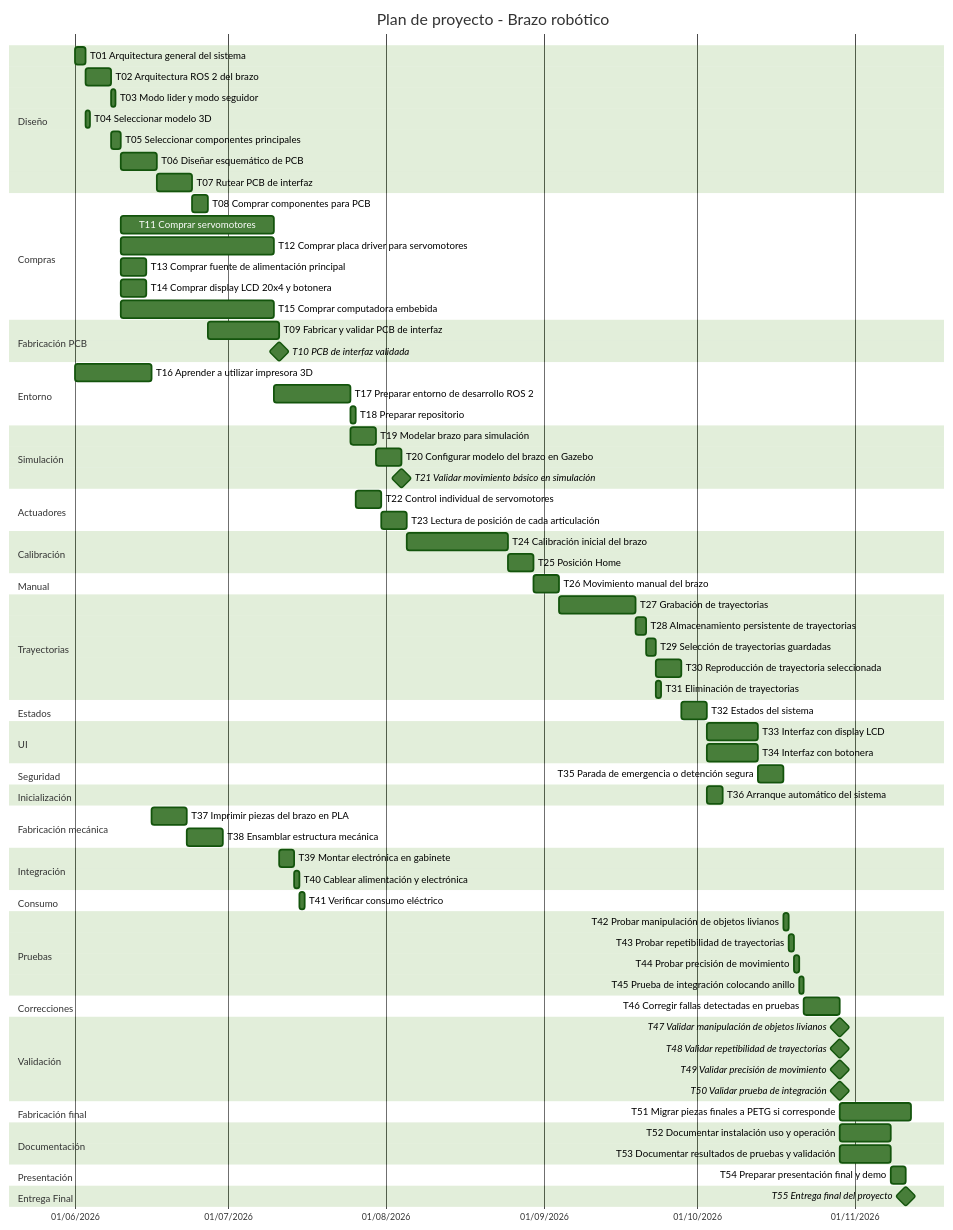
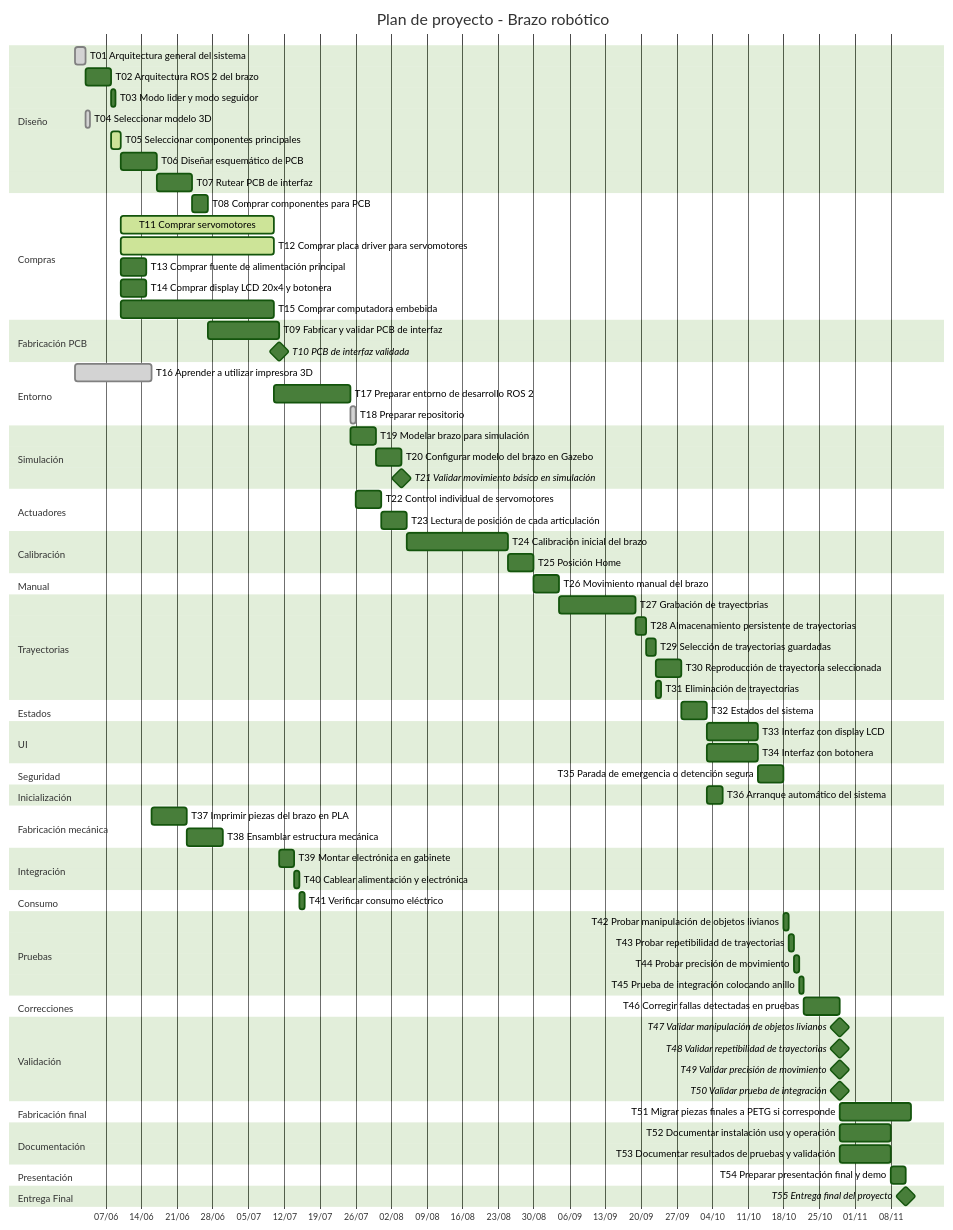
The diagram in doc/md/gantt.md (ealegremendoza/BrazoRobotico), drawn with Mermaid (forest theme) before and after one commit.

```diff
--- a/doc/md/gantt.md
+++ b/doc/md/gantt.md
@@ -4,21 +4,22 @@
 gantt
     title Plan de proyecto - Brazo robótico
     dateFormat  YYYY-MM-DD
-    axisFormat  %d/%m/%Y
+    axisFormat  %d/%m
+    tickInterval 1week
 
     section Diseño
-    T01 Arquitectura general del sistema                     :t01, 2026-06-01, 2d
+    T01 Arquitectura general del sistema                     :done, t01, 2026-06-01, 2d
     T02 Arquitectura ROS 2 del brazo                         :t02, after t01, 5d
     T03 Modo lider y modo seguidor                           :t03, after t01 t02, 1d
-    T04 Seleccionar modelo 3D                                :t04, after t01, 1d
-    T05 Seleccionar componentes principales                  :t05, after t01 t02 t04, 2d
+    T04 Seleccionar modelo 3D                                :done, t04, after t01, 1d
+    T05 Seleccionar componentes principales                  :active, t05, after t01 t02 t04, 2d
     T06 Diseñar esquemático de PCB                           :t06, after t05, 7d
     T07 Rutear PCB de interfaz                               :t07, after t06, 7d
 
     section Compras
     T08 Comprar componentes para PCB                         :t08, after t06 t07, 3d
-    T11 Comprar servomotores                                 :t11, after t05, 30d
-    T12 Comprar placa driver para servomotores               :t12, after t05, 30d
+    T11 Comprar servomotores                                 :active, t11, after t05, 30d
+    T12 Comprar placa driver para servomotores               :active, t12, after t05, 30d
     T13 Comprar fuente de alimentación principal             :t13, after t05, 5d
     T14 Comprar display LCD 20x4 y botonera                  :t14, after t05, 5d
     T15 Comprar computadora embebida                         :t15, after t05, 30d
@@ -28,9 +29,9 @@
     T10 PCB de interfaz validada                             :milestone, t10, after t09, 0d
 
     section Entorno
-    T16 Aprender a utilizar impresora 3D                     :t16, 2026-06-01, 15d
+    T16 Aprender a utilizar impresora 3D                     :done, t16, 2026-06-01, 15d
     T17 Preparar entorno de desarrollo ROS 2                 :t17, after t02 t15, 15d
-    T18 Preparar repositorio                                 :t18, after t17, 1d
+    T18 Preparar repositorio                                 :done, t18, after t17, 1d
 
     section Simulación
     T19 Modelar brazo para simulación                        :t19, after t04 t17, 5d
```
